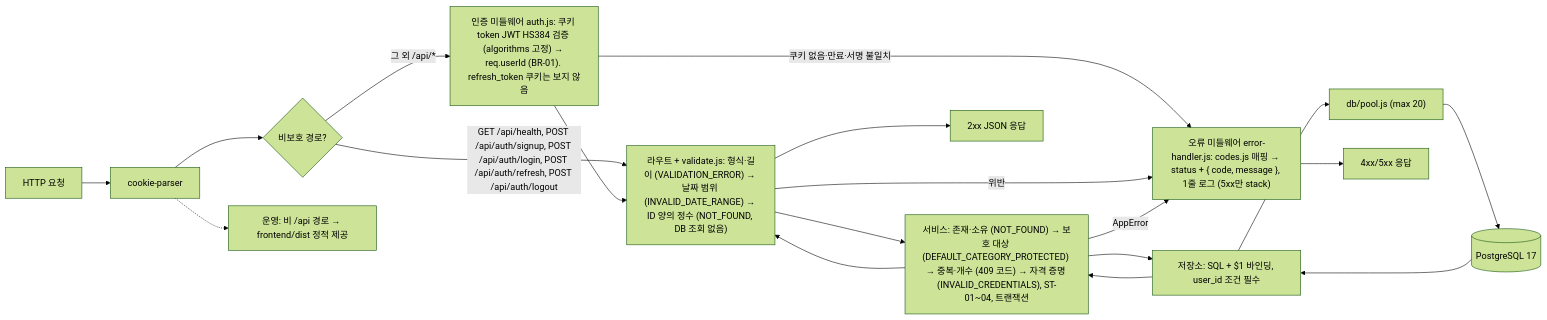
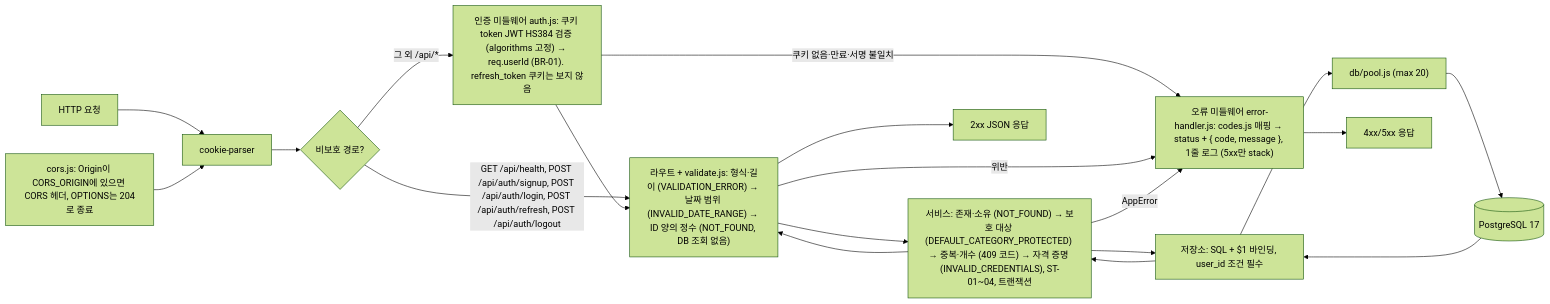
Before and after one commit to okbaronok2-tech/todolist_app: the fifth of 15 diagrams in docs/6-arch-diagram.md, drawn with Mermaid (forest theme). The commit also changed other lines of this file and 22 other files, not shown here.

````diff
--- a/docs/6-arch-diagram.md
+++ b/docs/6-arch-diagram.md
@@ -223,23 +223,23 @@
 ```mermaid
 flowchart LR
     REQ["HTTP 요청"] --> CP["cookie-parser"]
     CP --> OPEN{"비보호 경로?"}
     OPEN -->|"GET /api/health, POST /api/auth/signup, POST /api/auth/login, POST /api/auth/refresh, POST /api/auth/logout"| RT
     OPEN -->|"그 외 /api/*"| MW["인증 미들웨어 auth.js: 쿠키 token JWT HS384 검증 (algorithms 고정) → req.userId (BR-01). refresh_token 쿠키는 보지 않음"]
     MW -->|"쿠키 없음·만료·서명 불일치"| ERR
     MW --> RT["라우트 + validate.js: 형식·길이 (VALIDATION_ERROR) → 날짜 범위 (INVALID_DATE_RANGE) → ID 양의 정수 (NOT_FOUND, DB 조회 없음)"]
     RT -->|"위반"| ERR
     RT --> SV["서비스: 존재·소유 (NOT_FOUND) → 보호 대상 (DEFAULT_CATEGORY_PROTECTED) → 중복·개수 (409 코드) → 자격 증명 (INVALID_CREDENTIALS), ST-01~04, 트랜잭션"]
     SV -->|"AppError"| ERR
     SV --> RP["저장소: SQL + $1 바인딩, user_id 조건 필수"]
     RP --> POOL["db/pool.js (max 20)"]
     POOL --> PG[("PostgreSQL 17")]
     PG --> RP
     RP --> SV
     SV --> RT
     RT --> RES["2xx JSON 응답"]
     ERR["오류 미들웨어 error-handler.js: codes.js 매핑 → status + { code, message }, 1줄 로그 (5xx만 stack)"]
     ERR --> RES4["4xx/5xx 응답"]
-    STATIC["운영: 비 /api 경로 → frontend/dist 정적 제공"]
-    CP -.-> STATIC
+    CORS["cors.js: Origin이 CORS_ORIGIN에 있으면 CORS 헤더, OPTIONS는 204로 종료"]
+    CORS --> CP
 ```
````
